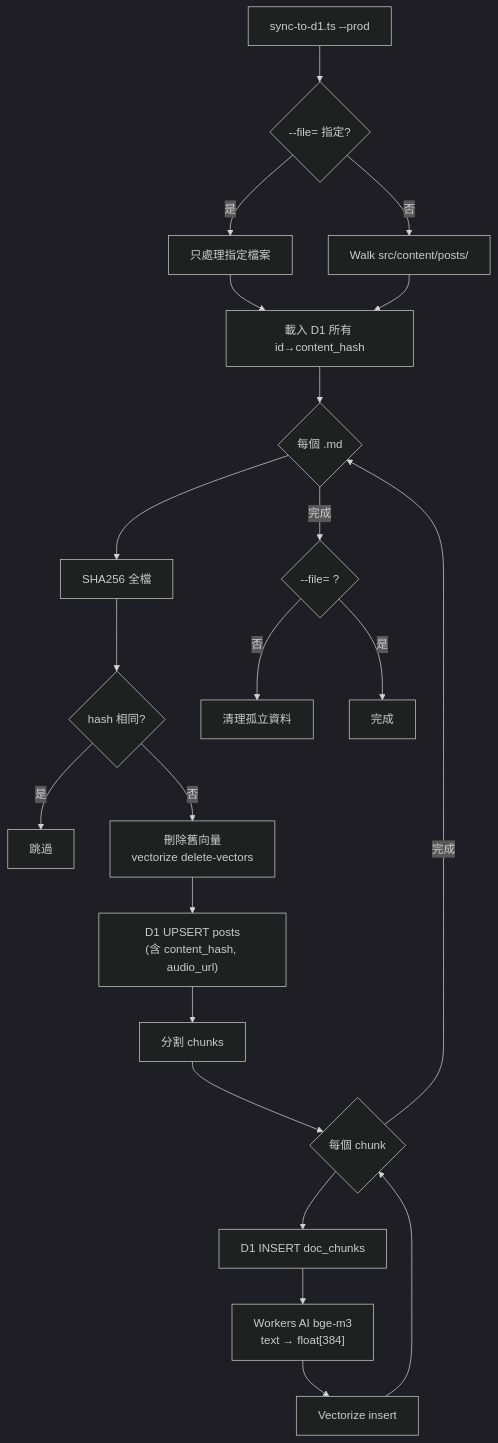
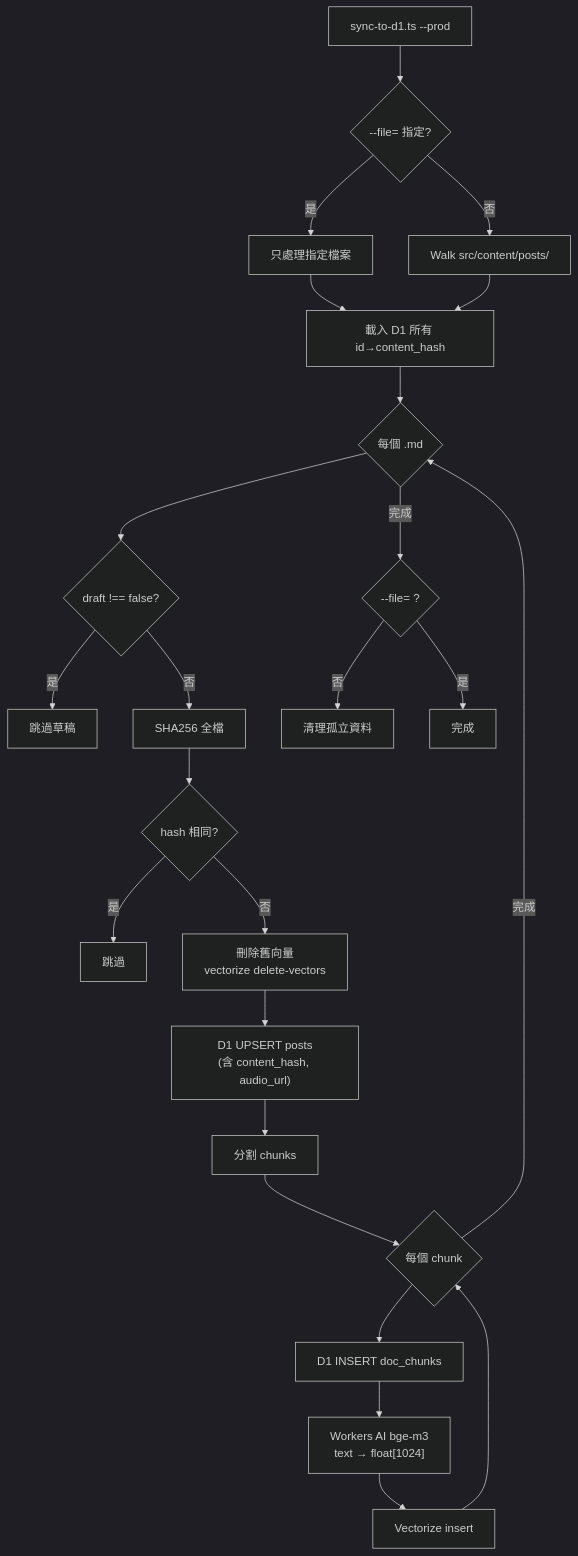
The third of 3 diagrams in docs/ingest.md (a920604a/engineernews), drawn with Mermaid (dark theme) before and after one commit. The commit also changed other lines of this file and 31 other files, not shown here.

````diff
--- a/docs/ingest.md
+++ b/docs/ingest.md
@@ -145,24 +151,26 @@
 ```mermaid
 flowchart TD
   Start[sync-to-d1.ts --prod] --> FileArg{--file= 指定?}
   FileArg -->|是| Single[只處理指定檔案]
   FileArg -->|否| Walk[Walk src/content/posts/]
   Single --> LoadHashes[載入 D1 所有 id→content_hash]
   Walk --> LoadHashes
   LoadHashes --> Each{每個 .md}
-  Each --> Hash[SHA256 全檔]
+  Each --> Draft{draft !== false?}
+  Draft -->|是| DraftSkip[跳過草稿]
+  Draft -->|否| Hash[SHA256 全檔]
   Hash --> Same{hash 相同?}
   Same -->|是| Skip[跳過]
   Same -->|否| DelVec[刪除舊向量\nvectorize delete-vectors]
   DelVec --> Upsert["D1 UPSERT posts<br/>(含 content_hash, audio_url)"]
   Upsert --> Chunks[分割 chunks]
   Chunks --> EachChunk{每個 chunk}
   EachChunk --> D1Chunk[D1 INSERT doc_chunks]
-  D1Chunk --> Embed["Workers AI bge-m3\ntext → float[384]"]
+  D1Chunk --> Embed["Workers AI bge-m3\ntext → float[1024]"]
   Embed --> VecInsert["Vectorize insert"]
   VecInsert --> EachChunk
   EachChunk -->|完成| Each
   Each -->|完成| OrphanCheck{--file= ?}
   OrphanCheck -->|否| Orphan[清理孤立資料]
   OrphanCheck -->|是| Done[完成]
 ```
````
